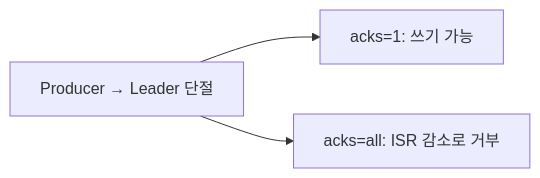
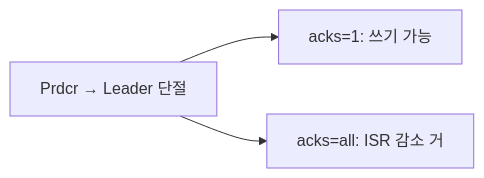
Diagram 19 of 21 in _posts/kafka/2026-05-01-kafka-extreme-scenarios.md (yjkim2015/yjkim2015.github.io), drawn with Mermaid before and after one commit. The commit also changed other lines of this file and 245 other files, not shown here.

First line of the commit message:
Mermaid 다이어그램 전면 수정 + 면접 포인트 접기/펼치기 + DB 데드락 페이지

````diff
--- a/_posts/kafka/2026-05-01-kafka-extreme-scenarios.md
+++ b/_posts/kafka/2026-05-01-kafka-extreme-scenarios.md
@@ -533,8 +533,8 @@
 ```mermaid
 graph LR
-    SA1["Producer → Leader 단절"]
+    SA1["Prdcr → Leader 단절"]
     SA2["acks=1: 쓰기 가능"]
-    SA3["acks=all: ISR 감소로 거부"]
+    SA3["acks=all: ISR 감소 거"]
     SA1 --> SA2
     SA1 --> SA3
 ```
````
